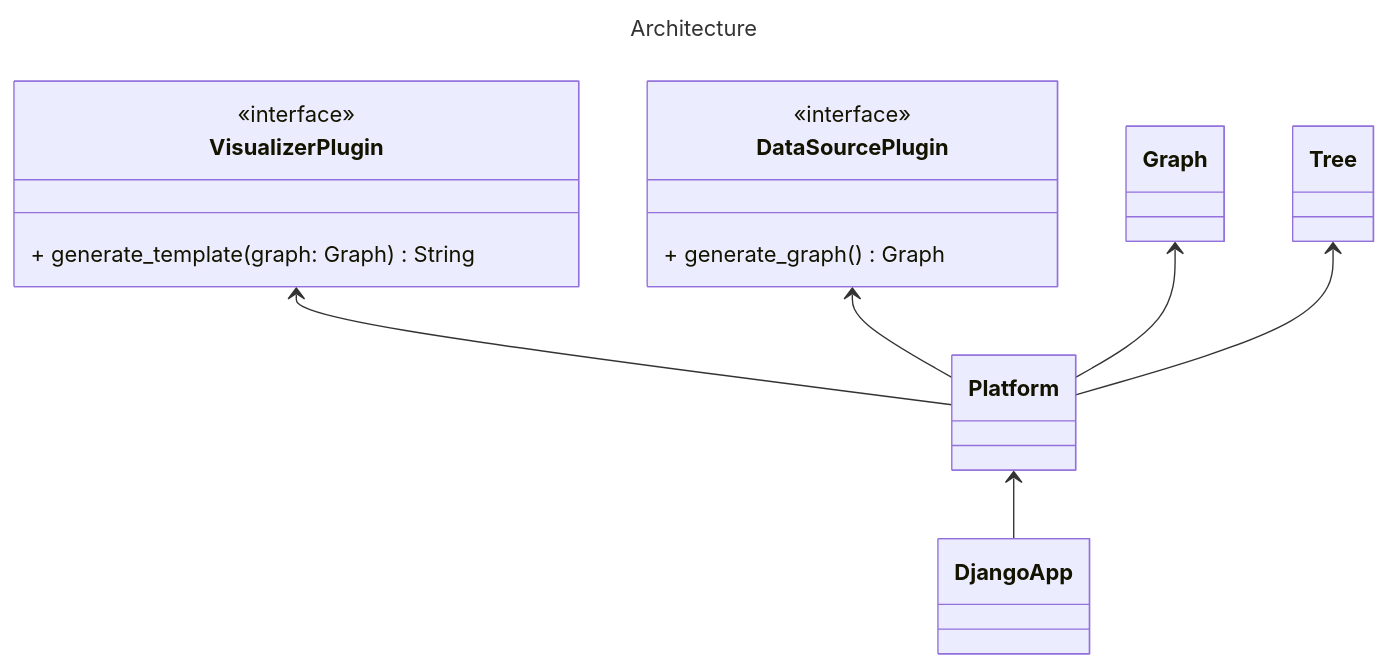
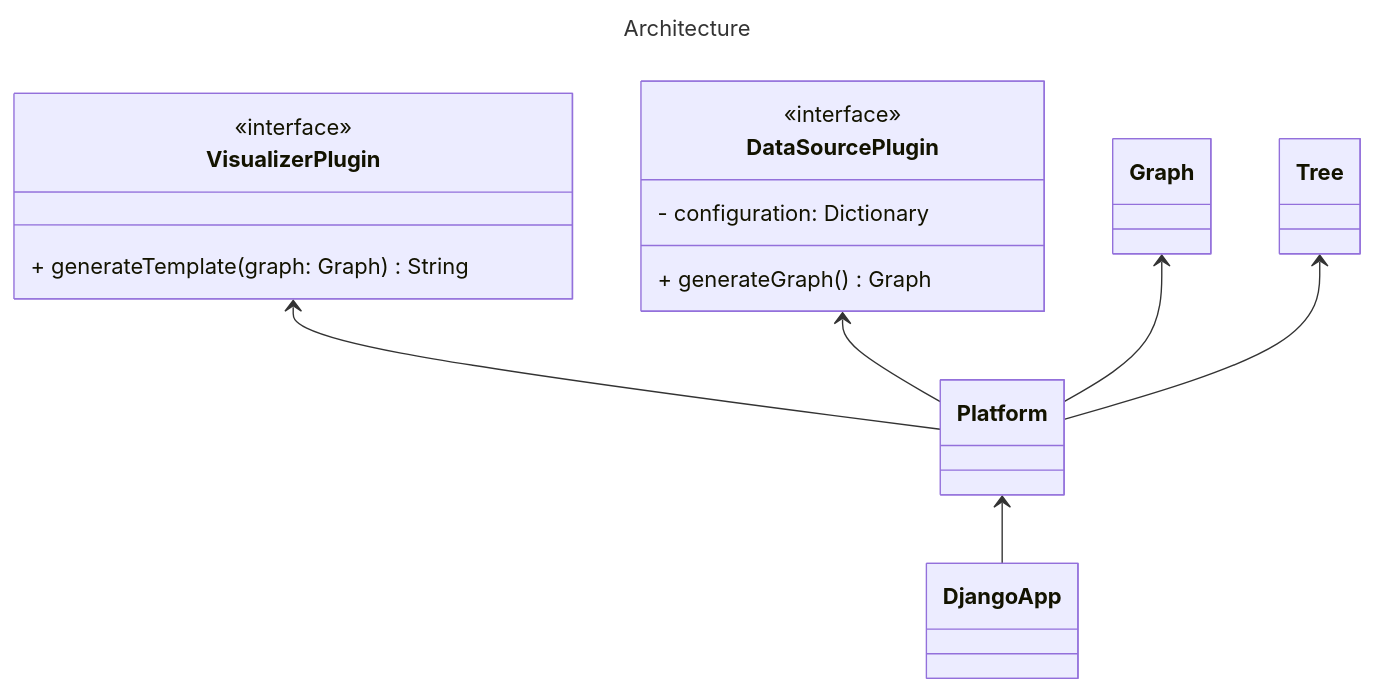
The first of 3 diagrams in README.md (trami25/Graph-Visualizer), drawn with Mermaid before and after one commit. The commit also changed other lines of this file, not shown here.

Commit message:
doc: update diagrams with current project structure [#75]

````diff
--- a/README.md
+++ b/README.md
@@ -18,26 +18,27 @@
 ```mermaid
 ---
 title: Architecture
 ---
 classDiagram
     class Graph
     class Tree
     class VisualizerPlugin {
         <<interface>>
-        + generate_template(graph: Graph) String
+        + generateTemplate(graph: Graph) String
     }
     class DataSourcePlugin {
         <<interface>>
-        + generate_graph() Graph
+        - configuration: Dictionary
+        + generateGraph() Graph
     }
 
     class Platform
 
     class DjangoApp
     
     VisualizerPlugin <-- Platform
     DataSourcePlugin <-- Platform
     Graph <-- Platform
     Tree <-- Platform
     Platform <-- DjangoApp
 ```
````
